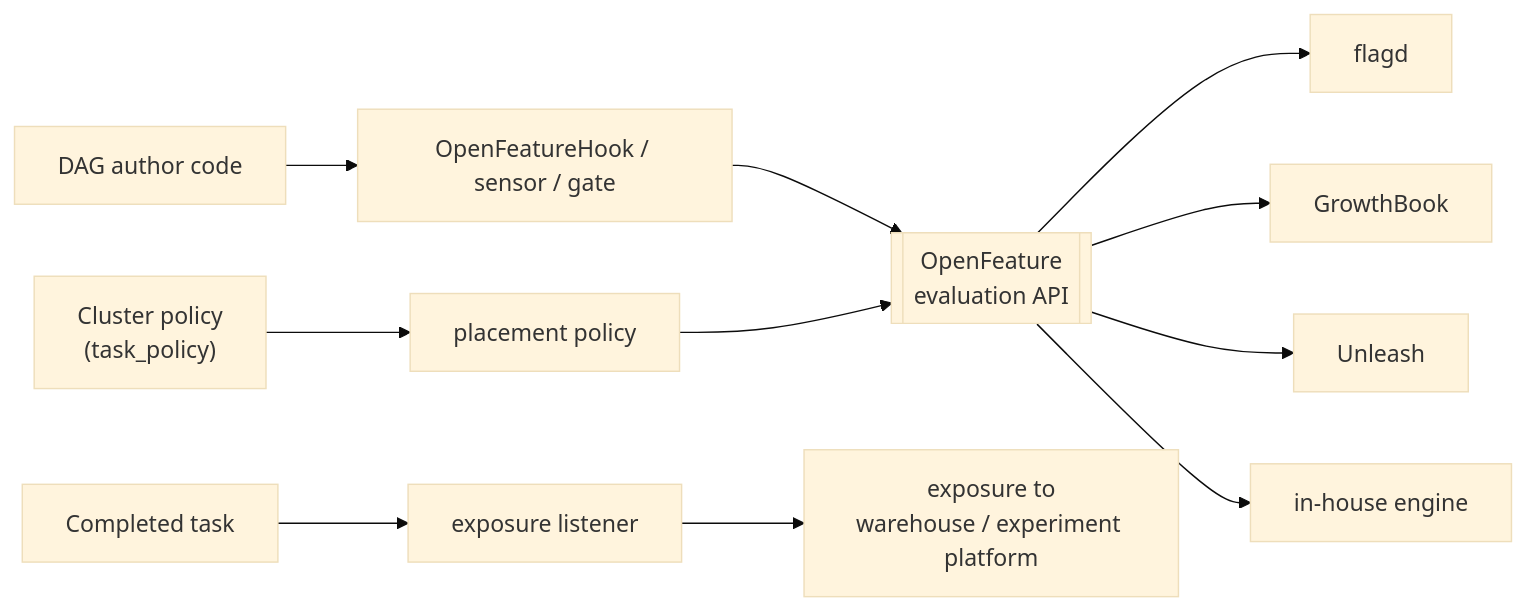
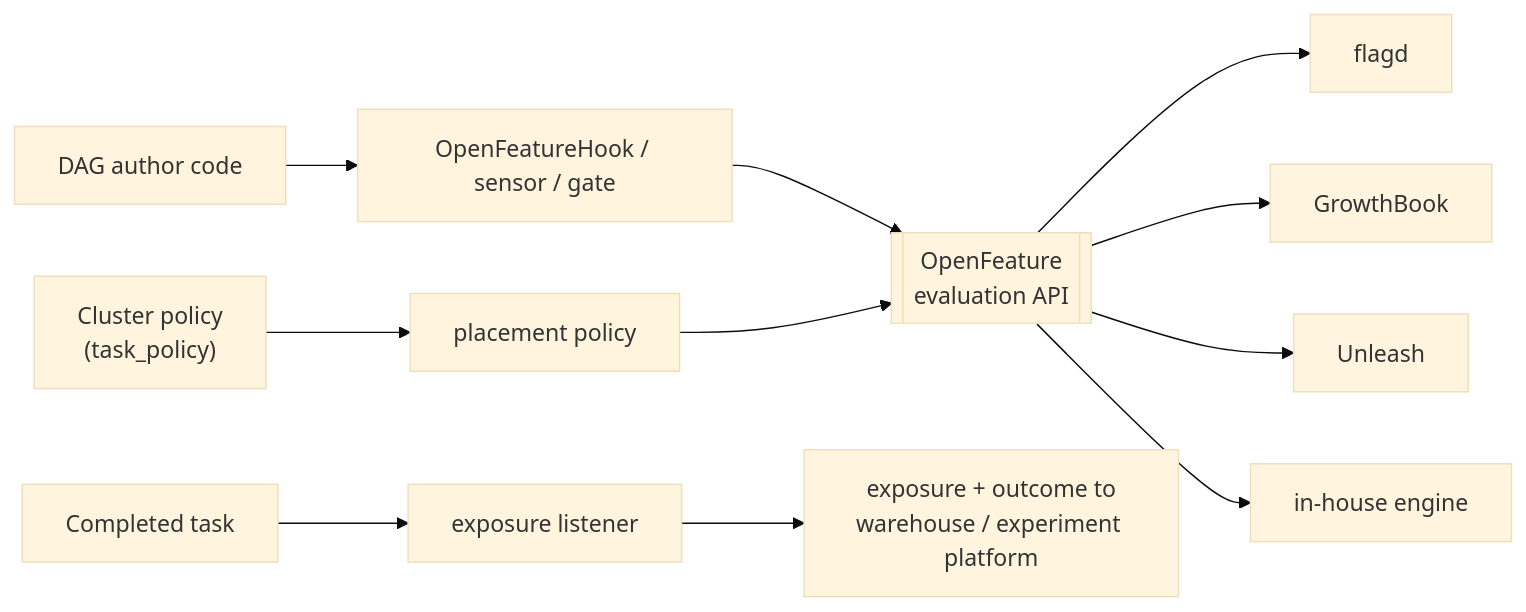
Before and after one commit to 1fanwang/airflow-provider-openfeature: the diagram in README.md, drawn with Mermaid (base theme). The commit also changed other lines of this file and 10 other files, not shown here.

````diff
--- a/README.md
+++ b/README.md
@@ -108,10 +155,10 @@
 ```mermaid
 flowchart LR
     author["DAG author code"] --> hook["OpenFeatureHook / sensor / gate"]
     policy["Cluster policy<br/>(task_policy)"] --> place["placement policy"]
     runs["Completed task"] --> listen["exposure listener"]
     hook --> API[["OpenFeature<br/>evaluation API"]]
     place --> API
     API --> flagd & GrowthBook & Unleash & inhouse["in-house engine"]
-    listen --> measure["exposure to<br/>warehouse / experiment platform"]
+    listen --> measure["exposure + outcome to<br/>warehouse / experiment platform"]
 ```
````
